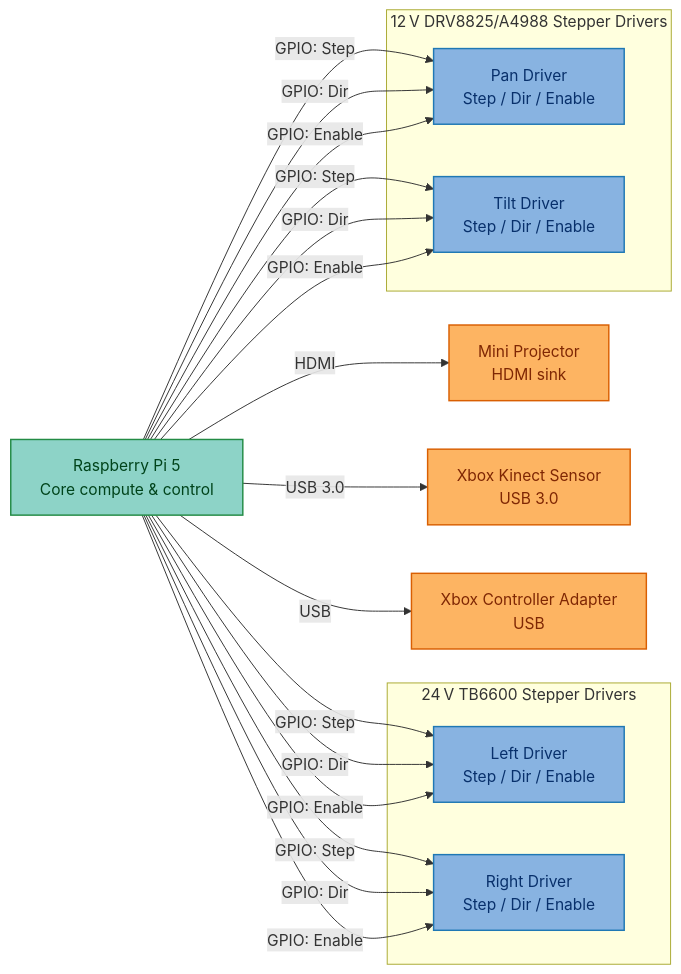
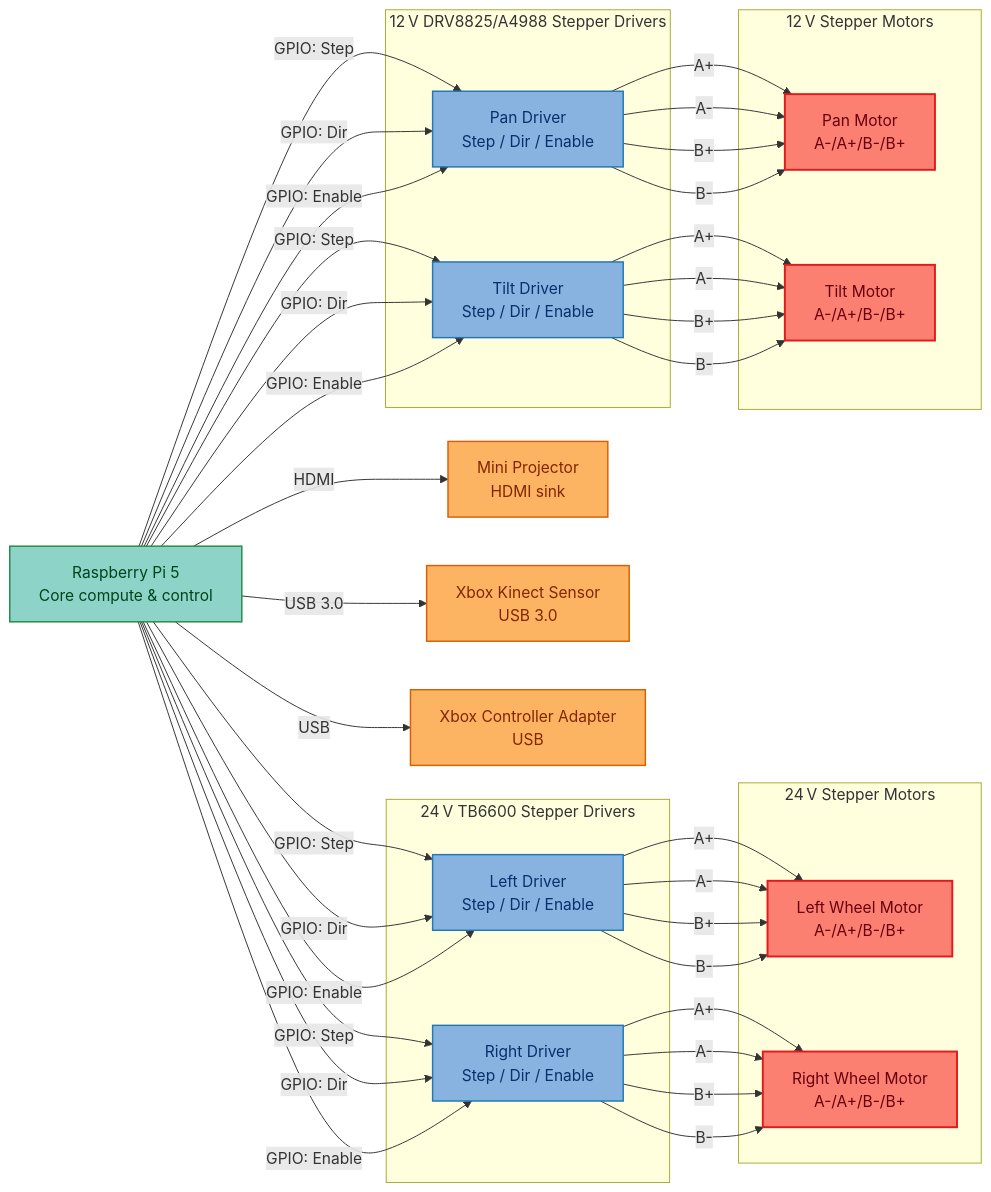
One commit to Mutilar/Marp changed the second of 2 diagrams in readme.md. Above: the diagram before and after it, drawn with Mermaid. The commit also changed other lines of this file and 1 other file, not shown here.

Commit message:
Up to date

````diff
--- a/readme.md
+++ b/readme.md
@@ -95,41 +95,70 @@
 ```mermaid
 graph LR
     Pi["Raspberry Pi 5\nCore compute & control"]
     Projector["Mini Projector\nHDMI sink"]
     Kinect["Xbox Kinect Sensor\nUSB 3.0"]
     Controller["Xbox Controller Adapter\nUSB"]
 
     subgraph StepperDrivers24["24 V TB6600 Stepper Drivers"]
         StepperL["Left Driver\nStep / Dir / Enable"]
         StepperR["Right Driver\nStep / Dir / Enable"]
     end
 
     subgraph StepperDrivers12["12 V DRV8825/A4988 Stepper Drivers"]
         StepperPan["Pan Driver\nStep / Dir / Enable"]
         StepperTilt["Tilt Driver\nStep / Dir / Enable"]
+    end
+
+    subgraph StepperMotors24["24 V Stepper Motors"]
+        MotorLeft["Left Wheel Motor\nA-/A+/B-/B+"]
+        MotorRight["Right Wheel Motor\nA-/A+/B-/B+"]
+    end
+
+    subgraph StepperMotors12["12 V Stepper Motors"]
+        MotorPan["Pan Motor\nA-/A+/B-/B+"]
+        MotorTilt["Tilt Motor\nA-/A+/B-/B+"]
     end
 
     Pi -->|HDMI| Projector
     Pi -->|USB 3.0| Kinect
     Pi -->|USB| Controller
     Pi -->|GPIO: Step| StepperL
     Pi -->|GPIO: Dir| StepperL
     Pi -->|GPIO: Enable| StepperL
     Pi -->|GPIO: Step| StepperR
     Pi -->|GPIO: Dir| StepperR
     Pi -->|GPIO: Enable| StepperR
     Pi -->|GPIO: Step| StepperPan
     Pi -->|GPIO: Dir| StepperPan
     Pi -->|GPIO: Enable| StepperPan
     Pi -->|GPIO: Step| StepperTilt
     Pi -->|GPIO: Dir| StepperTilt
     Pi -->|GPIO: Enable| StepperTilt
 
+    StepperL -->|A+| MotorLeft
+    StepperL -->|A-| MotorLeft
+    StepperL -->|B+| MotorLeft
+    StepperL -->|B-| MotorLeft
+    StepperR -->|A+| MotorRight
+    StepperR -->|A-| MotorRight
+    StepperR -->|B+| MotorRight
+    StepperR -->|B-| MotorRight
+    StepperPan -->|A+| MotorPan
+    StepperPan -->|A-| MotorPan
+    StepperPan -->|B+| MotorPan
+    StepperPan -->|B-| MotorPan
+    StepperTilt -->|A+| MotorTilt
+    StepperTilt -->|A-| MotorTilt
+    StepperTilt -->|B+| MotorTilt
+    StepperTilt -->|B-| MotorTilt
+
     class Pi compute
     class Projector,Kinect,Controller peripheral
     class StepperL,StepperR,StepperPan,StepperTilt driver
+    class MotorLeft,MotorRight,MotorPan,MotorTilt motor
 
     classDef compute fill:#8dd3c7,stroke:#238b45,color:#00441b,stroke-width:1.5px
     classDef peripheral fill:#fdb462,stroke:#d95f02,color:#7f2704,stroke-width:1.5px
     classDef driver fill:#88b3e1,stroke:#1f78b4,color:#08306b,stroke-width:1.5px
+    classDef motor fill:#fb8072,stroke:#e31a1c,color:#67000d,stroke-width:2px
 ```
````
